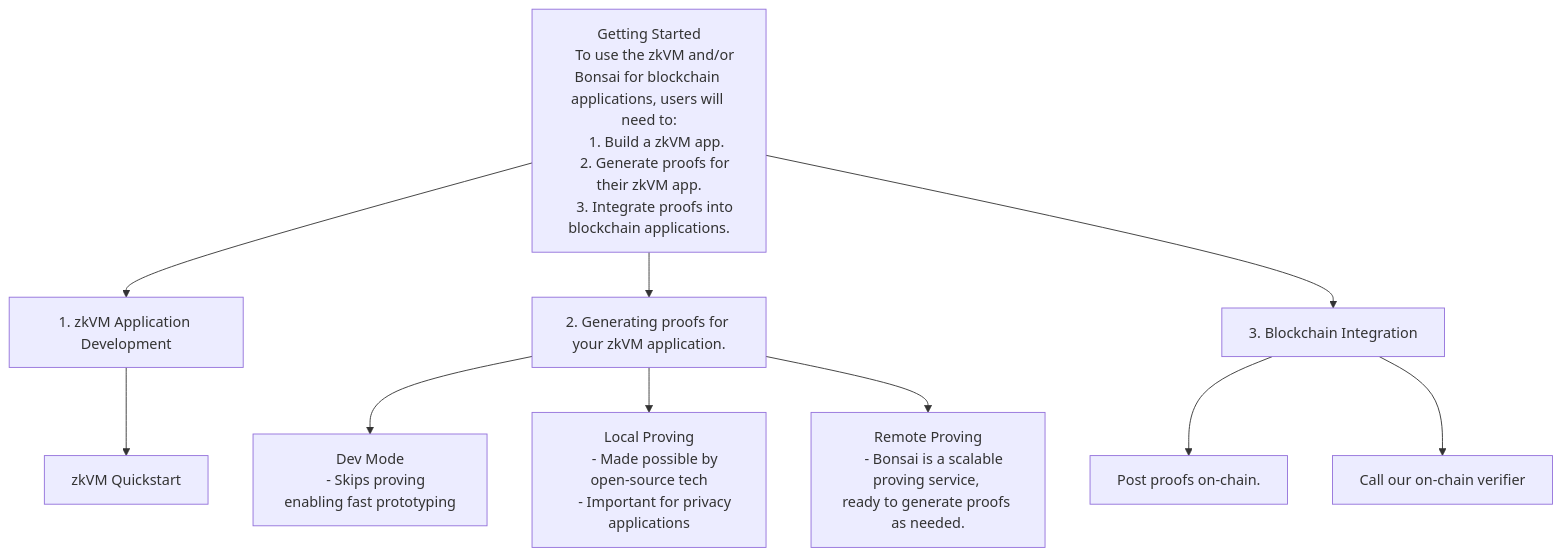
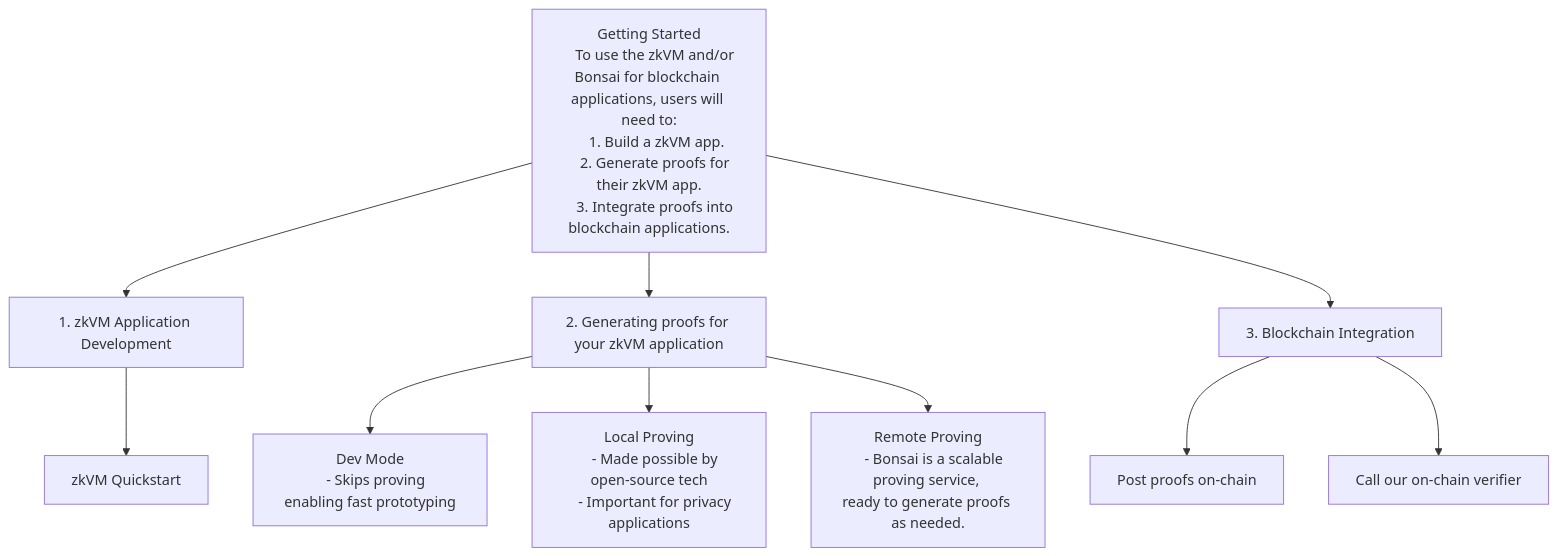
The diagram in website/api/introduction.md (risc0/risc0), drawn with Mermaid before and after one commit.

Commit message:
punctuation in diagram

````diff
--- a/website/api/introduction.md
+++ b/website/api/introduction.md
@@ -26,45 +26,45 @@
 ```mermaid
 
 flowchart TD
     %% Level 0
     getting_started["Getting Started
     To use the zkVM and/or Bonsai for blockchain applications, users will need to:
     1. Build a zkVM app.
     2. Generate proofs for their zkVM app.
     3. Integrate proofs into blockchain applications."]
 
 
 
     zkvm_app["1. zkVM Application Development"]
         zkvm_quickstart["zkVM Quickstart"]
-    proof_generation["2. Generating proofs for your zkVM application."]
+    proof_generation["2. Generating proofs for your zkVM application"]
 
     chain_integration["3. Blockchain Integration"]
-        getting_proofs_on_chain["Post proofs on-chain."]
+        getting_proofs_on_chain["Post proofs on-chain"]
         onchain_verifier["Call our on-chain verifier"]
 
 
     dev_mode["Dev Mode
     - Skips proving enabling fast prototyping"]
     local_proving["Local Proving
     - Made possible by open-source tech
     - Important for privacy applications"]
     remote_proving["Remote Proving
     - Bonsai is a scalable proving service, <br/>ready to generate proofs as needed."]
 
 
 
     getting_started --> zkvm_app
         zkvm_app --> zkvm_quickstart
     getting_started --> proof_generation
             proof_generation --> dev_mode
             proof_generation --> local_proving
             proof_generation --> remote_proving
     getting_started --> chain_integration
         chain_integration --> getting_proofs_on_chain
         chain_integration --> onchain_verifier
 
 
 
 
 ```
````
